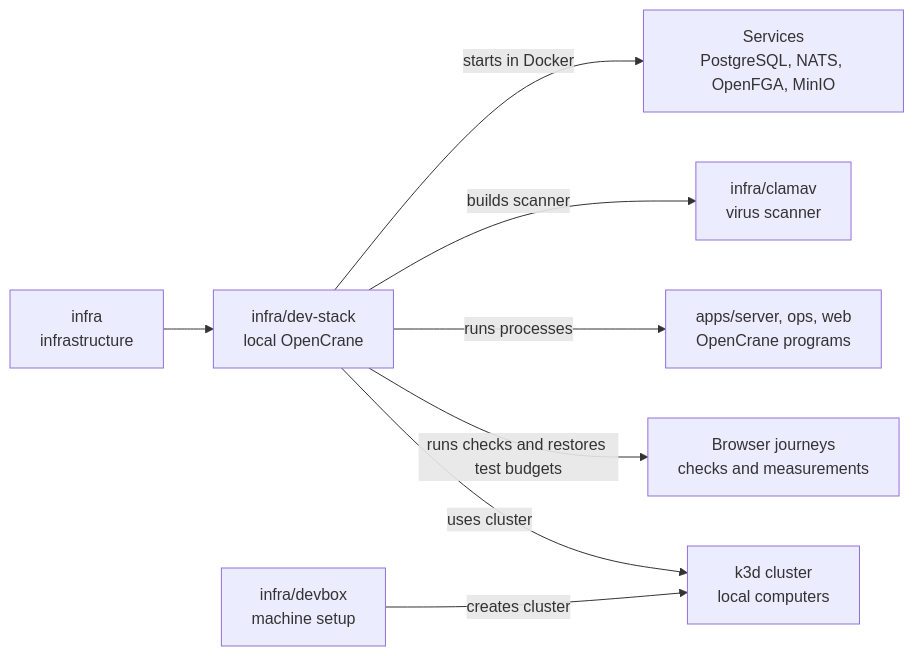
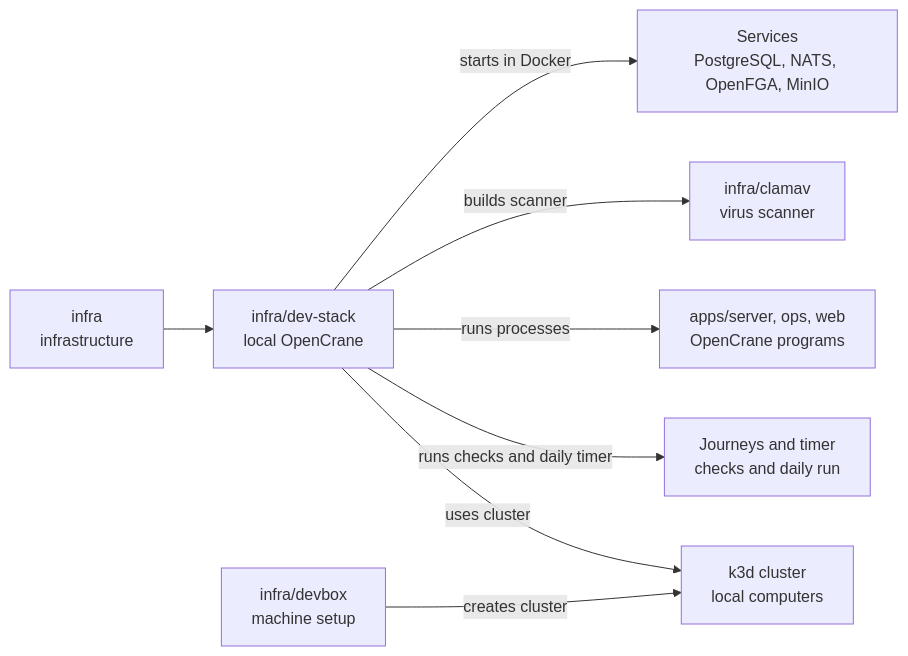
Before and after one commit to elewa-git/opencrane-new: the diagram in infra/dev-stack/README.md, drawn with Mermaid. The commit also changed other lines of this file and 7 other files, not shown here.

Commit message:
🕒 Run daily checks from current main

````diff
--- a/infra/dev-stack/README.md
+++ b/infra/dev-stack/README.md
@@ -15,10 +15,10 @@
 ```mermaid
 flowchart LR
   infra["infra<br/>infrastructure"] --> stack["infra/dev-stack<br/>local OpenCrane"]
   stack -->|starts in Docker| services["Services<br/>PostgreSQL, NATS, OpenFGA, MinIO"]
   stack -->|builds scanner| clamav["infra/clamav<br/>virus scanner"]
   stack -->|runs processes| apps["apps/server, ops, web<br/>OpenCrane programs"]
-  stack -->|runs checks and restores test budgets| journeys["Browser journeys<br/>checks and measurements"]
+  stack -->|runs checks and daily timer| journeys["Journeys and timer<br/>checks and daily run"]
   devbox["infra/devbox<br/>machine setup"] -->|creates cluster| cluster["k3d cluster<br/>local computers"]
   stack -->|uses cluster| cluster
 ```
````
